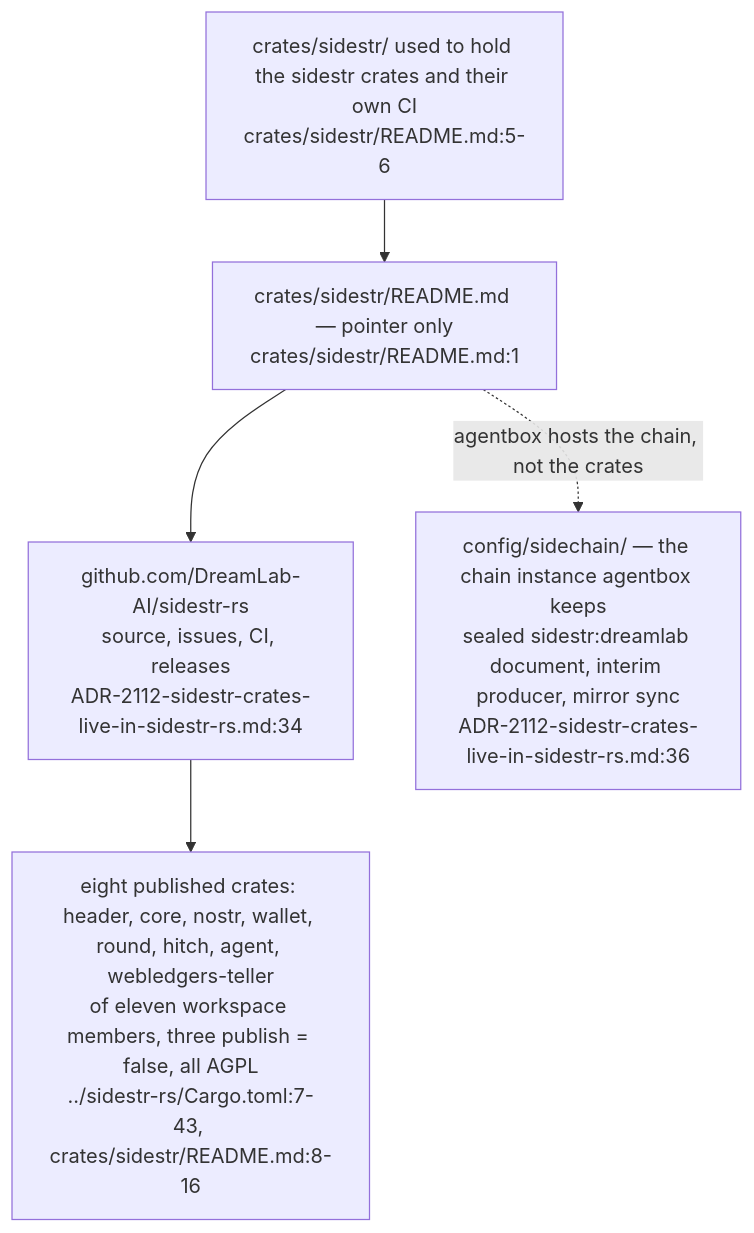
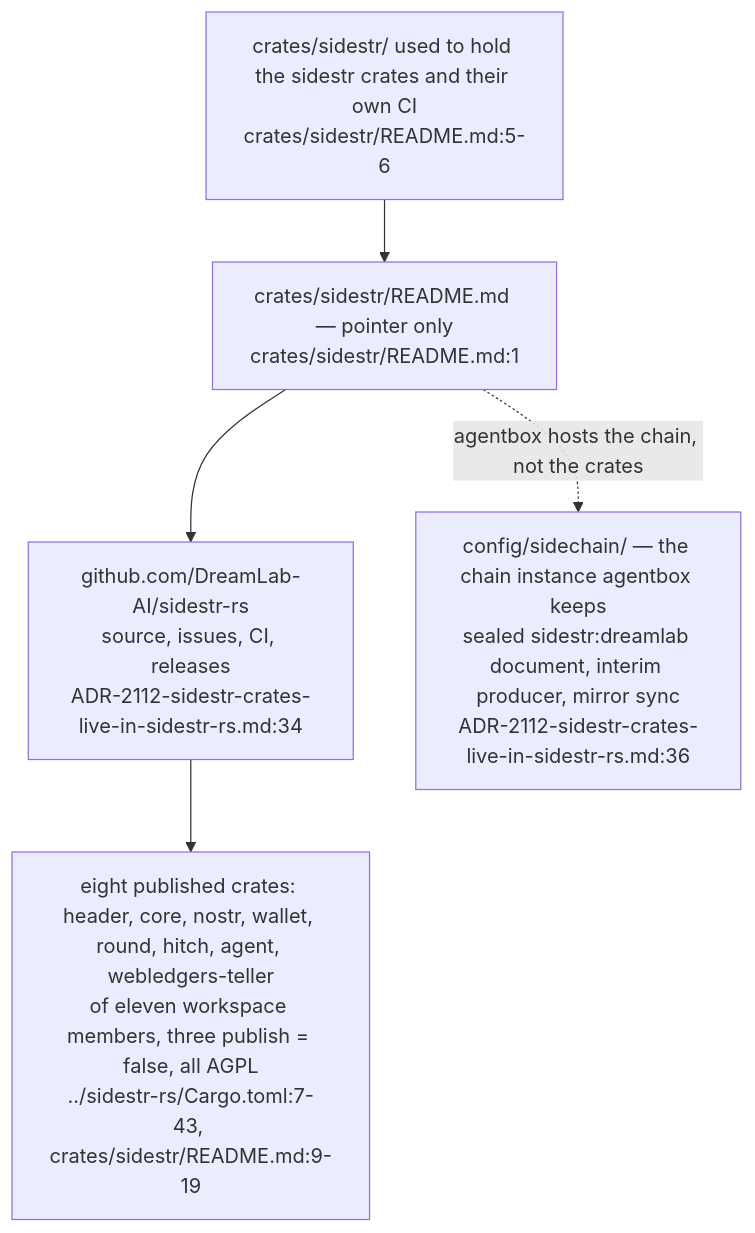
Before and after one commit to DreamLab-AI/VisionFlow: the first of 2 diagrams in docs/diagrams/agentbox/33-sidestr-crates.md, drawn with Mermaid. The commit also changed other lines of this file and 173 other files, not shown here.

````diff
--- a/docs/diagrams/agentbox/33-sidestr-crates.md
+++ b/docs/diagrams/agentbox/33-sidestr-crates.md
@@ -31,12 +32,12 @@
 ```mermaid
 flowchart TB
     OLD["crates/sidestr/ used to hold the sidestr crates and their own CI<br/>crates/sidestr/README.md:5-6"]
     PTR["crates/sidestr/README.md — pointer only<br/>crates/sidestr/README.md:1"]
     REPO["github.com/DreamLab-AI/sidestr-rs<br/>source, issues, CI, releases<br/>ADR-2112-sidestr-crates-live-in-sidestr-rs.md:34"]
-    FIVE["eight published crates: header, core, nostr, wallet, round, hitch, agent, webledgers-teller<br/>of eleven workspace members, three publish = false, all AGPL<br/>../sidestr-rs/Cargo.toml:7-43, crates/sidestr/README.md:8-16"]
+    FIVE["eight published crates: header, core, nostr, wallet, round, hitch, agent, webledgers-teller<br/>of eleven workspace members, three publish = false, all AGPL<br/>../sidestr-rs/Cargo.toml:7-43, crates/sidestr/README.md:9-19"]
     CHAIN["config/sidechain/ — the chain instance agentbox keeps<br/>sealed sidestr:dreamlab document, interim producer, mirror sync<br/>ADR-2112-sidestr-crates-live-in-sidestr-rs.md:36"]
     OLD --> PTR
     PTR --> REPO
     REPO --> FIVE
     PTR -.->|"agentbox hosts the chain, not the crates"| CHAIN
 ```
````
